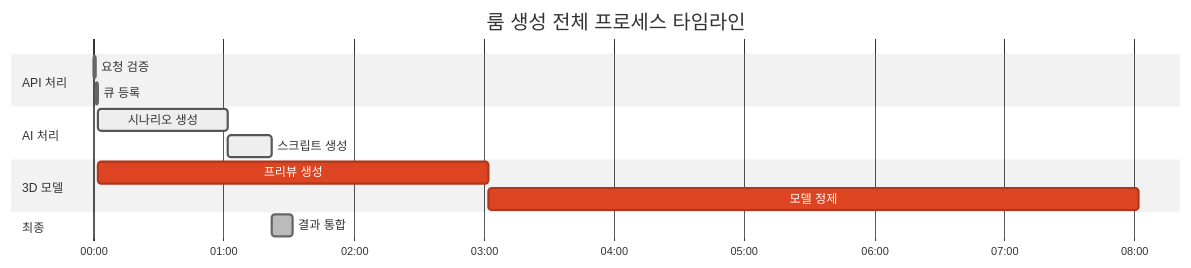
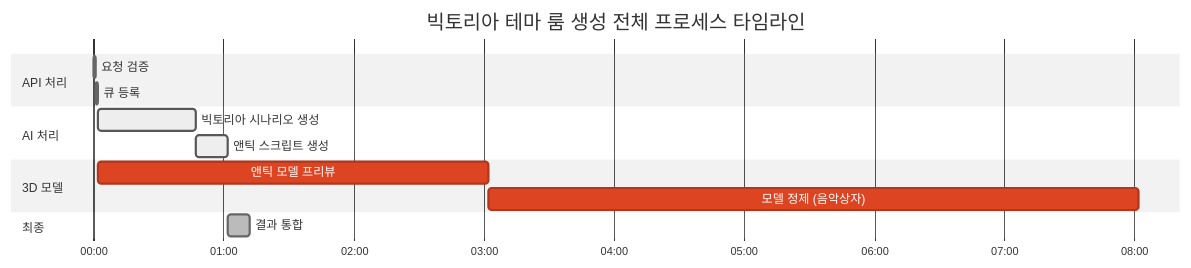
One commit to Febriez/eroom-docs changed the second of 2 diagrams in architecture/performance-architecture.md. Above: the diagram before and after it, drawn with Mermaid (neutral theme). The commit also changed other lines of this file and 4 other files, not shown here.

````diff
--- a/architecture/performance-architecture.md
+++ b/architecture/performance-architecture.md
@@ -235,21 +243,21 @@
-{% mermaid %}
+```mermaid
 gantt
-title 룸 생성 전체 프로세스 타임라인
+title 빅토리아 테마 룸 생성 전체 프로세스 타임라인
 dateFormat mm:ss
 axisFormat %M:%S
 
     section API 처리
     요청 검증          :done, api1, 00:00, 1s
     큐 등록           :done, api2, after api1, 1s
     
     section AI 처리
-    시나리오 생성      :active, ai1, after api2, 60s
-    스크립트 생성      :active, ai2, after ai1, 20s
+    빅토리아 시나리오 생성  :active, ai1, after api2, 45s
+    앤틱 스크립트 생성     :active, ai2, after ai1, 15s
     
     section 3D 모델
-    프리뷰 생성       :crit, 3d1, after api2, 180s
-    모델 정제         :crit, 3d2, after 3d1, 300s
+    앤틱 모델 프리뷰      :crit, 3d1, after api2, 180s
+    모델 정제 (음악상자)   :crit, 3d2, after 3d1, 300s
     
     section 최종
     결과 통합         :done, final, after ai2, 10s
-{% endmermaid %}
+```
````
